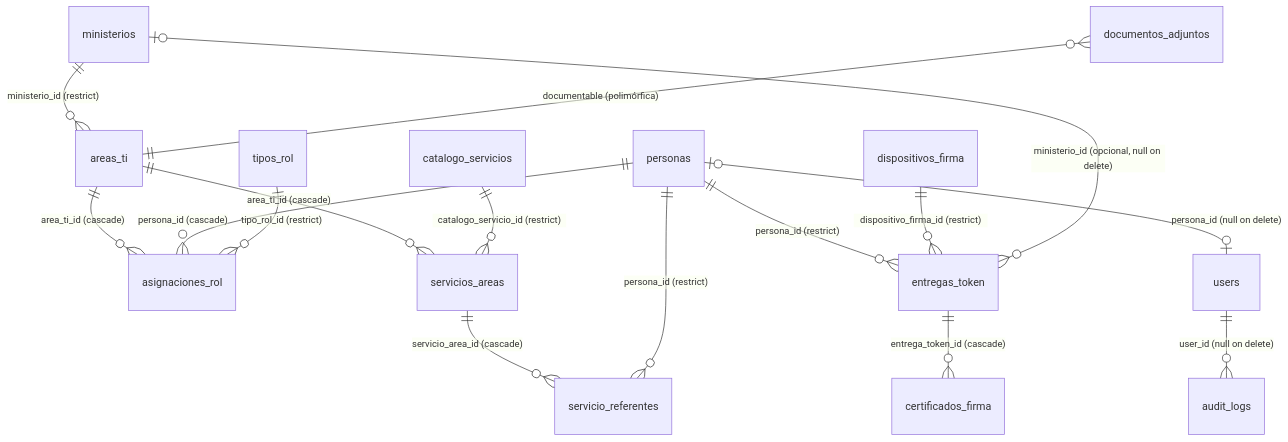
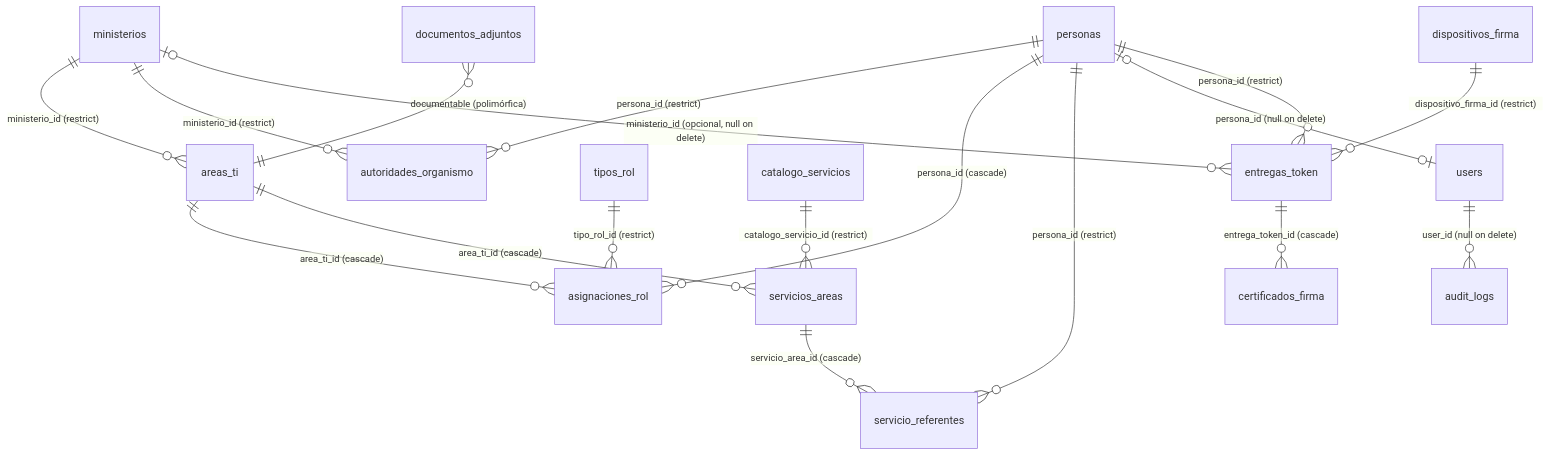
One commit to aleste/erp-dpsit changed the third of 3 diagrams in docs/architecture.md. Above: the diagram before and after it, drawn with Mermaid. The commit also changed other lines of this file and 19 other files, not shown here.

First line of the commit message:
feat(ministerios): máxima autoridad por organismo y carga de los 25 organismos

````diff
--- a/docs/architecture.md
+++ b/docs/architecture.md
@@ -99,18 +99,20 @@
 ```mermaid
 erDiagram
   ministerios ||--o{ areas_ti : "ministerio_id (restrict)"
+  ministerios ||--o{ autoridades_organismo : "ministerio_id (restrict)"
+  personas ||--o{ autoridades_organismo : "persona_id (restrict)"
   areas_ti ||--o{ asignaciones_rol : "area_ti_id (cascade)"
   personas ||--o{ asignaciones_rol : "persona_id (cascade)"
   tipos_rol ||--o{ asignaciones_rol : "tipo_rol_id (restrict)"
   areas_ti ||--o{ servicios_areas : "area_ti_id (cascade)"
   catalogo_servicios ||--o{ servicios_areas : "catalogo_servicio_id (restrict)"
   servicios_areas ||--o{ servicio_referentes : "servicio_area_id (cascade)"
   personas ||--o{ servicio_referentes : "persona_id (restrict)"
   personas |o--o| users : "persona_id (null on delete)"
   users ||--o{ audit_logs : "user_id (null on delete)"
   documentos_adjuntos }o--|| areas_ti : "documentable (polimórfica)"
   personas ||--o{ entregas_token : "persona_id (restrict)"
   dispositivos_firma ||--o{ entregas_token : "dispositivo_firma_id (restrict)"
   ministerios |o--o{ entregas_token : "ministerio_id (opcional, null on delete)"
   entregas_token ||--o{ certificados_firma : "entrega_token_id (cascade)"
 ```
````
